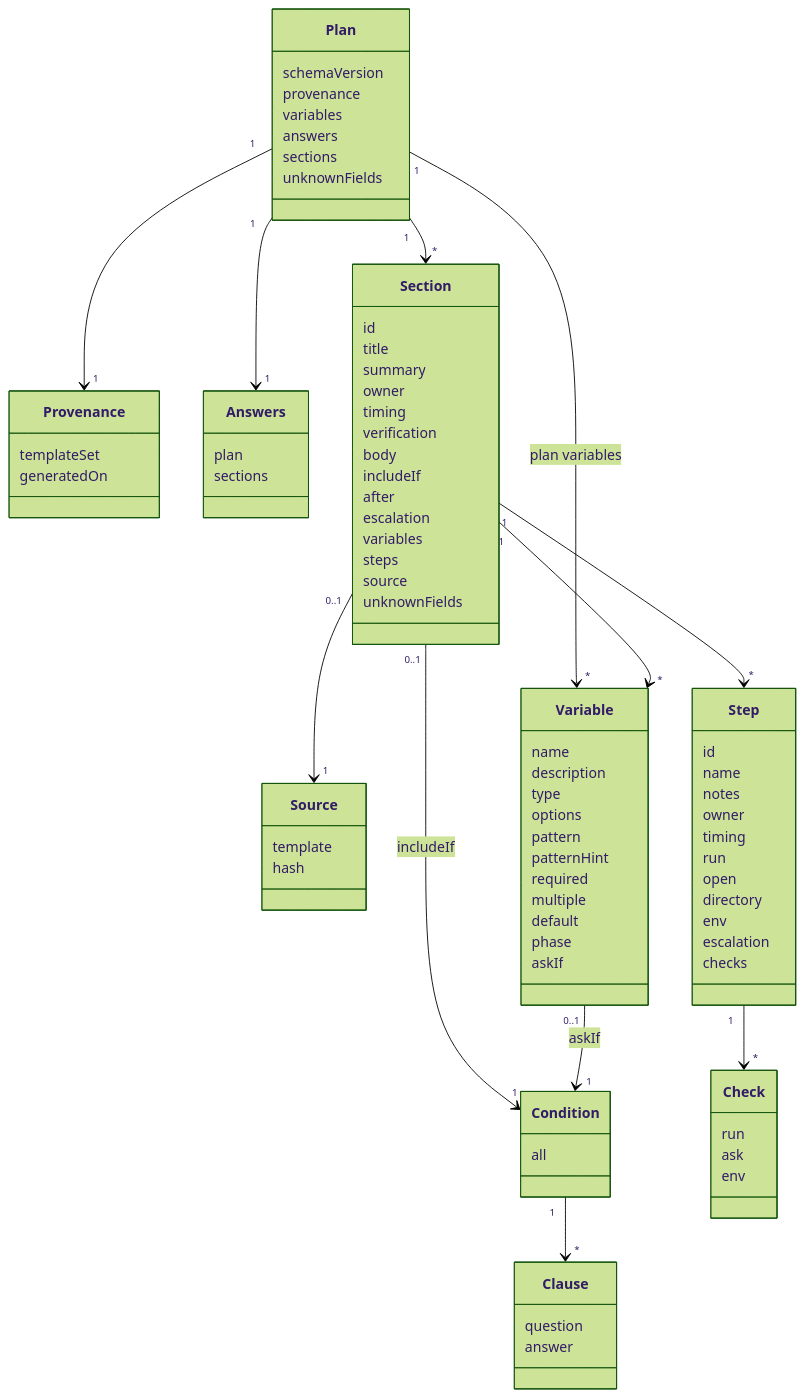
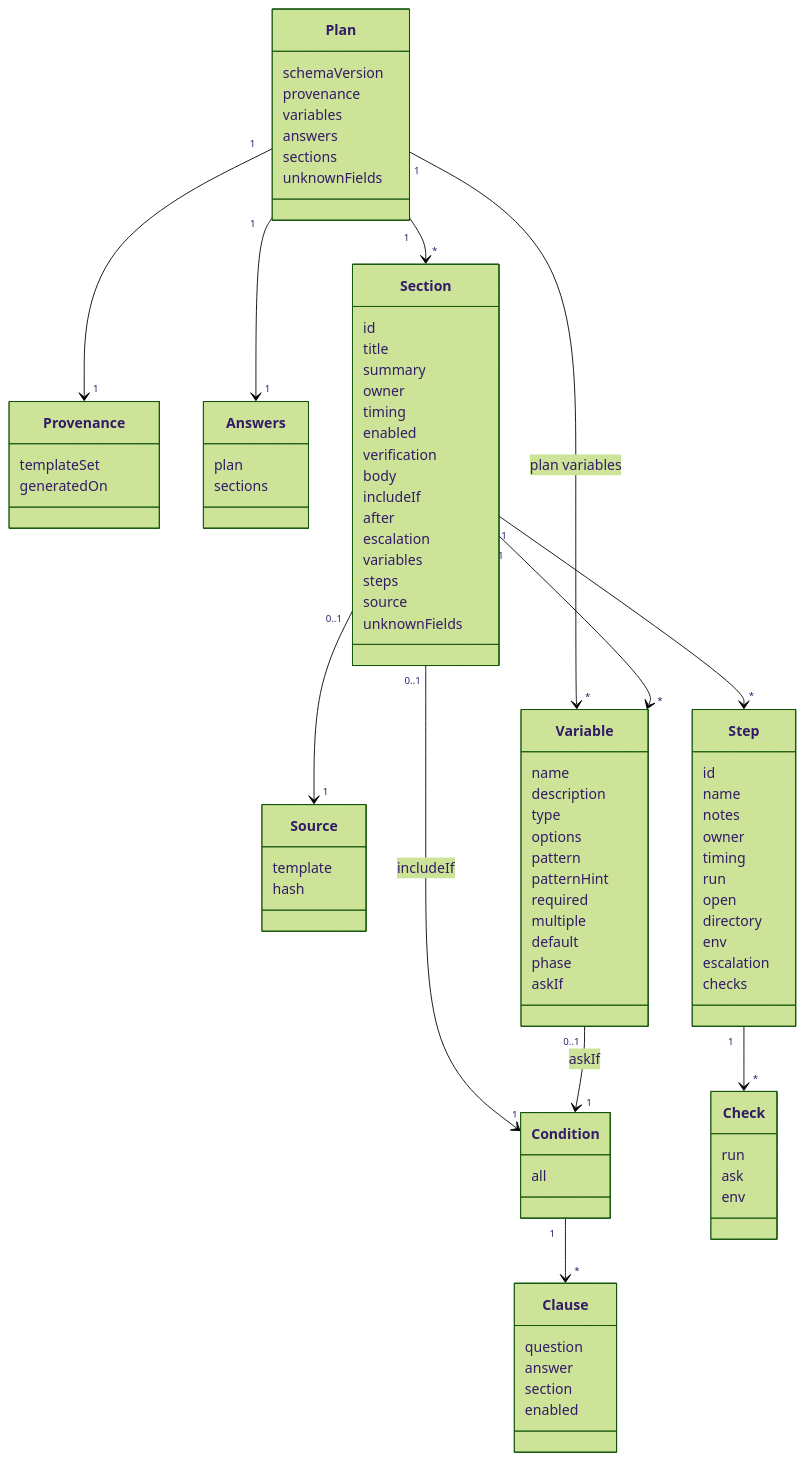
The diagram in docs/reference/domain-model.md (8thlight-daveloper/onboard-kit), drawn with Mermaid (forest theme) before and after one commit. The commit also changed other lines of this file and 1 other file, not shown here.

```diff
--- a/docs/reference/domain-model.md
+++ b/docs/reference/domain-model.md
@@ -40,6 +40,7 @@
         summary
         owner
         timing
+        enabled
         verification
         body
         includeIf
@@ -73,6 +74,8 @@
     class Clause {
         question
         answer
+        section
+        enabled
     }
     class Step {
         id
```
